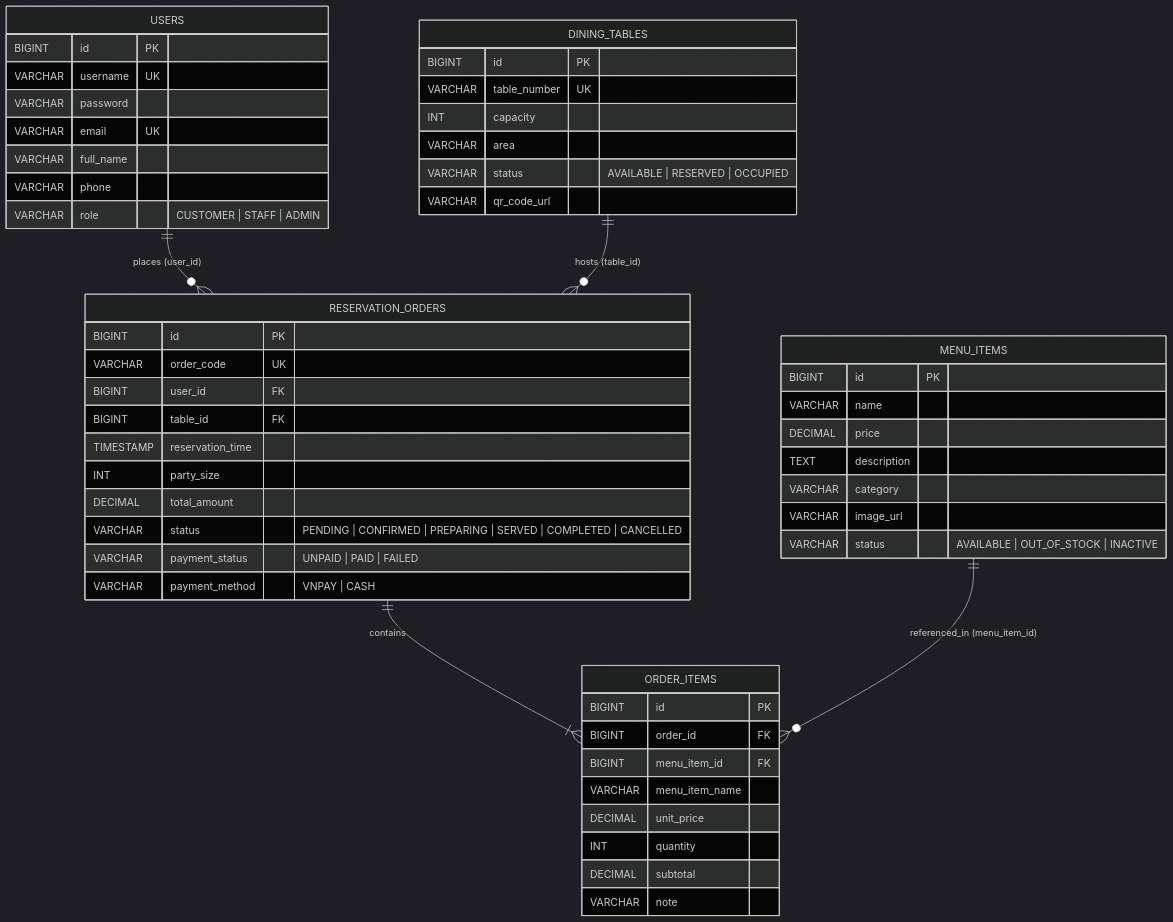
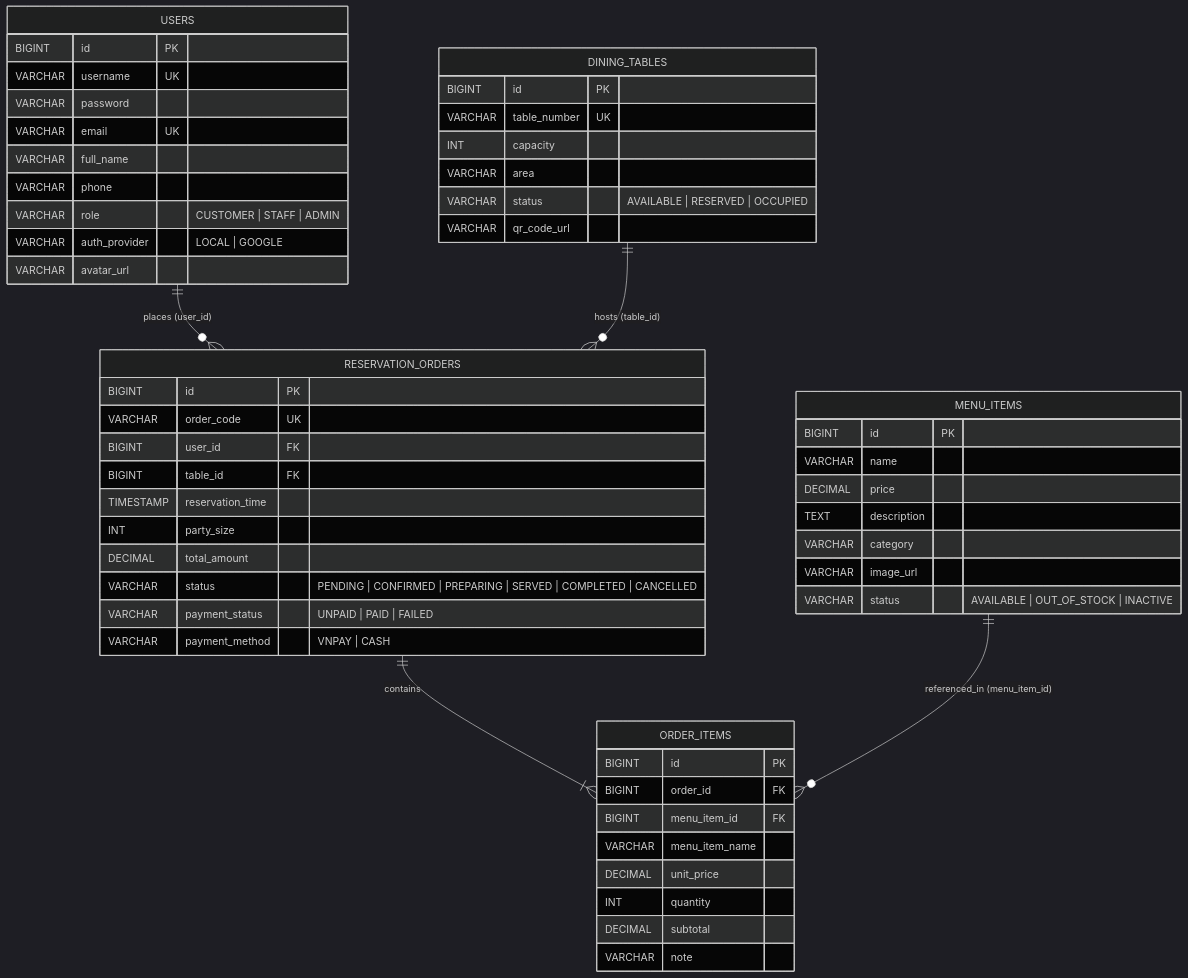
Before and after one commit to zaikaman/SmartOrder: the diagram in specs/001-qr-table-ordering/data-model.md, drawn with Mermaid (dark theme). The commit also changed other lines of this file and 34 other files, not shown here.

````diff
--- a/specs/001-qr-table-ordering/data-model.md
+++ b/specs/001-qr-table-ordering/data-model.md
@@ -13,60 +13,62 @@
 ```mermaid
 erDiagram
     USERS ||--o{ RESERVATION_ORDERS : "places (user_id)"
     DINING_TABLES ||--o{ RESERVATION_ORDERS : "hosts (table_id)"
     RESERVATION_ORDERS ||--|{ ORDER_ITEMS : "contains"
     MENU_ITEMS ||--o{ ORDER_ITEMS : "referenced_in (menu_item_id)"
 
     USERS {
         BIGINT id PK
         VARCHAR username UK
         VARCHAR password
         VARCHAR email UK
         VARCHAR full_name
         VARCHAR phone
         VARCHAR role "CUSTOMER | STAFF | ADMIN"
+        VARCHAR auth_provider "LOCAL | GOOGLE"
+        VARCHAR avatar_url
     }
 
     DINING_TABLES {
         BIGINT id PK
         VARCHAR table_number UK
         INT capacity
         VARCHAR area
         VARCHAR status "AVAILABLE | RESERVED | OCCUPIED"
         VARCHAR qr_code_url
     }
 
     MENU_ITEMS {
         BIGINT id PK
         VARCHAR name
         DECIMAL price
         TEXT description
         VARCHAR category
         VARCHAR image_url
         VARCHAR status "AVAILABLE | OUT_OF_STOCK | INACTIVE"
     }
 
     RESERVATION_ORDERS {
         BIGINT id PK
         VARCHAR order_code UK
         BIGINT user_id FK
         BIGINT table_id FK
         TIMESTAMP reservation_time
         INT party_size
         DECIMAL total_amount
         VARCHAR status "PENDING | CONFIRMED | PREPARING | SERVED | COMPLETED | CANCELLED"
         VARCHAR payment_status "UNPAID | PAID | FAILED"
         VARCHAR payment_method "VNPAY | CASH"
     }
 
     ORDER_ITEMS {
         BIGINT id PK
         BIGINT order_id FK
         BIGINT menu_item_id FK
         VARCHAR menu_item_name
         DECIMAL unit_price
         INT quantity
         DECIMAL subtotal
         VARCHAR note
     }
 ```
````
